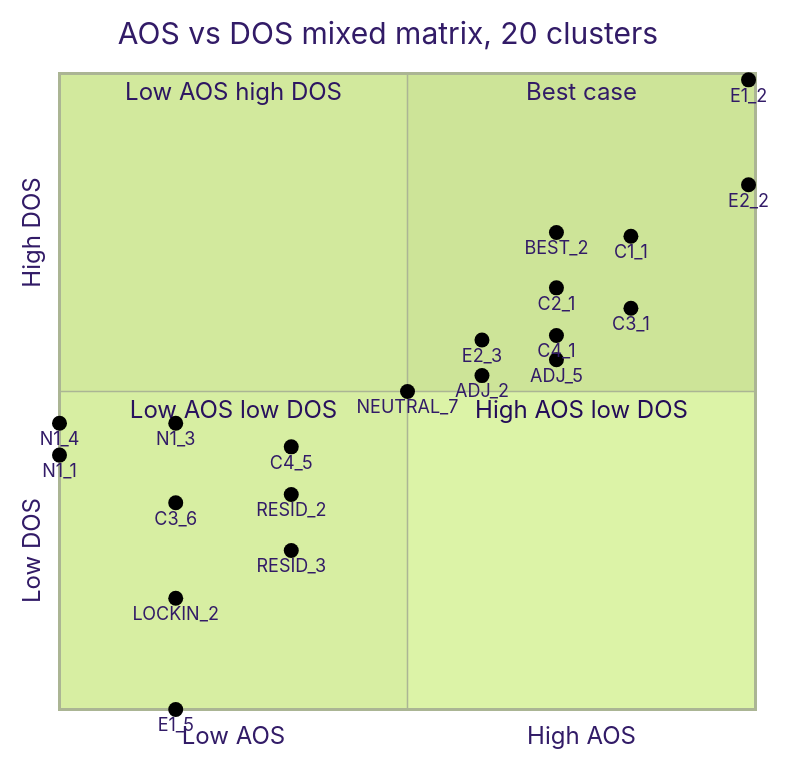
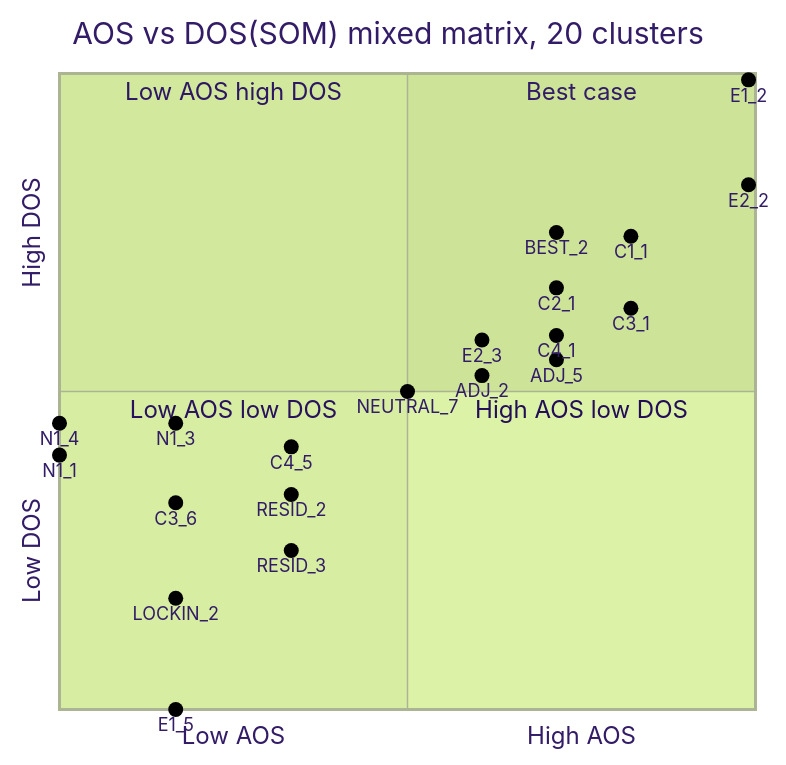
Before and after one commit to jennie-brain/business-analysis-frameworks: the first of 2 diagrams in 06_시장기회분석/05_AOS_DOS_비교.md, drawn with Mermaid (forest theme). The commit also changed other lines of this file, not shown here.

First line of the commit message:
05문서 혼합 매트릭스를 SOM/SAM 버전으로 분리— 각각 mermaid 차트·클러스터링 설명 추가

````diff
--- a/06_시장기회분석/05_AOS_DOS_비교.md
+++ b/06_시장기회분석/05_AOS_DOS_비교.md
@@ -54,30 +54,30 @@
 ```mermaid
 quadrantChart
-    title AOS vs DOS mixed matrix, 20 clusters
+    title AOS vs DOS(SOM) mixed matrix, 20 clusters
     x-axis Low AOS --> High AOS
     y-axis Low DOS --> High DOS
     quadrant-1 Best case
     quadrant-2 Low AOS high DOS
     quadrant-3 Low AOS low DOS
     quadrant-4 High AOS low DOS
     "C1_1": [0.821, 0.744]
     "NEUTRAL_7": [0.5, 0.5]
     "LOCKIN_2": [0.167, 0.175]
     "C2_1": [0.714, 0.663]
     "RESID_2": [0.333, 0.338]
     "C3_1": [0.821, 0.631]
     "C3_6": [0.167, 0.325]
     "C4_1": [0.714, 0.588]
     "C4_5": [0.333, 0.413]
     "BEST_2": [0.714, 0.75]
     "RESID_3": [0.333, 0.25]
     "ADJ_5": [0.714, 0.55]
     "ADJ_2": [0.607, 0.525]
     "E1_2": [0.99, 0.99]
     "E1_5": [0.167, 0.0]
     "E2_2": [0.99, 0.825]
     "E2_3": [0.607, 0.581]
     "N1_1": [0.0, 0.4]
     "N1_3": [0.167, 0.45]
     "N1_4": [0.0, 0.45]
 ```
````
